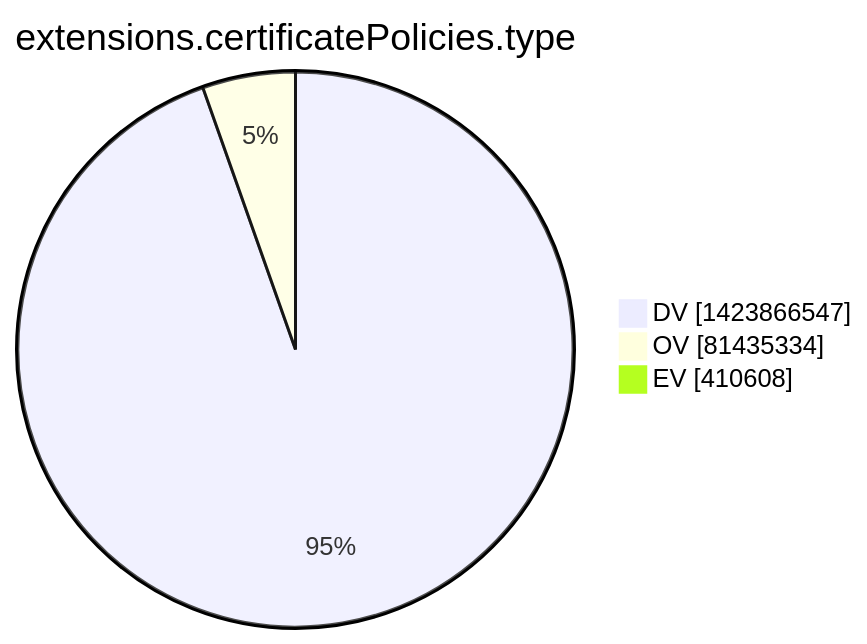
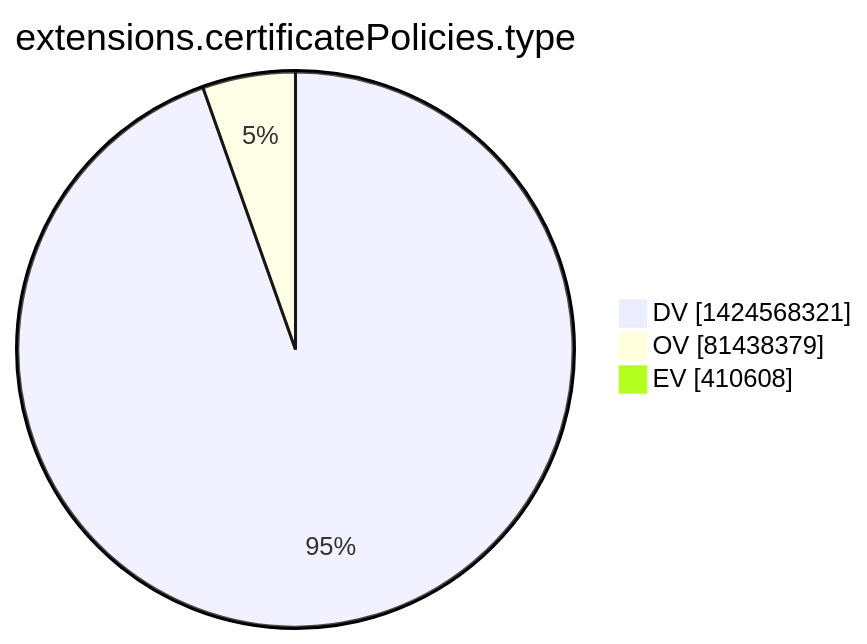
The tenth of 15 diagrams in xenon2022/README.md (christiankrug/ctmonitor_visualization), drawn with Mermaid before and after one commit. The commit also changed other lines of this file, not shown here.

````diff
--- a/xenon2022/README.md
+++ b/xenon2022/README.md
@@ -2866,7 +2866,7 @@
 ```mermaid
 pie showData
 title extensions.certificatePolicies.type
-"DV" :1423866547
-"OV" :81435334
+"DV" :1424568321
+"OV" :81438379
 "EV" :410608
 ```
````
